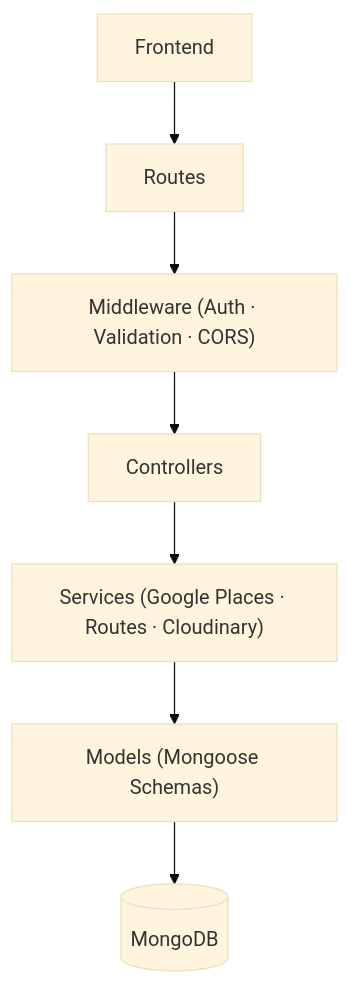
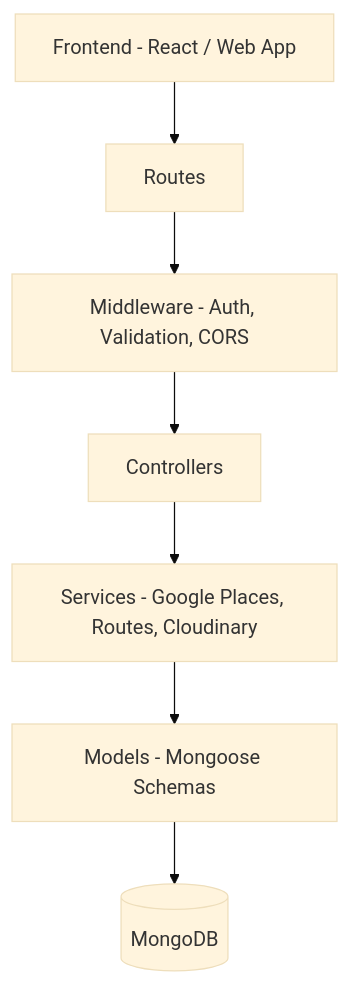
One commit to kizito67/BTBS-BACKEND changed the first of 4 diagrams in README.md. Above: the diagram before and after it, drawn with Mermaid (base theme). The commit also changed other lines of this file, not shown here.

````diff
--- a/README.md
+++ b/README.md
@@ -53,9 +53,9 @@
 ```mermaid
-flowchart TD
-    A[Frontend] --> B[Routes]
-    B --> C["Middleware (Auth · Validation · CORS)"]
-    C --> D[Controllers]
-    D --> E["Services (Google Places · Routes · Cloudinary)"]
-    E --> F["Models (Mongoose Schemas)"]
-    F --> G[(MongoDB)]
+graph TD
+    Frontend[Frontend - React / Web App] --> Routes[Routes]
+    Routes --> Middleware[Middleware - Auth, Validation, CORS]
+    Middleware --> Controllers[Controllers]
+    Controllers --> Services[Services - Google Places, Routes, Cloudinary]
+    Services --> Models[Models - Mongoose Schemas]
+    Models --> DB[(MongoDB)]
 ```
````
